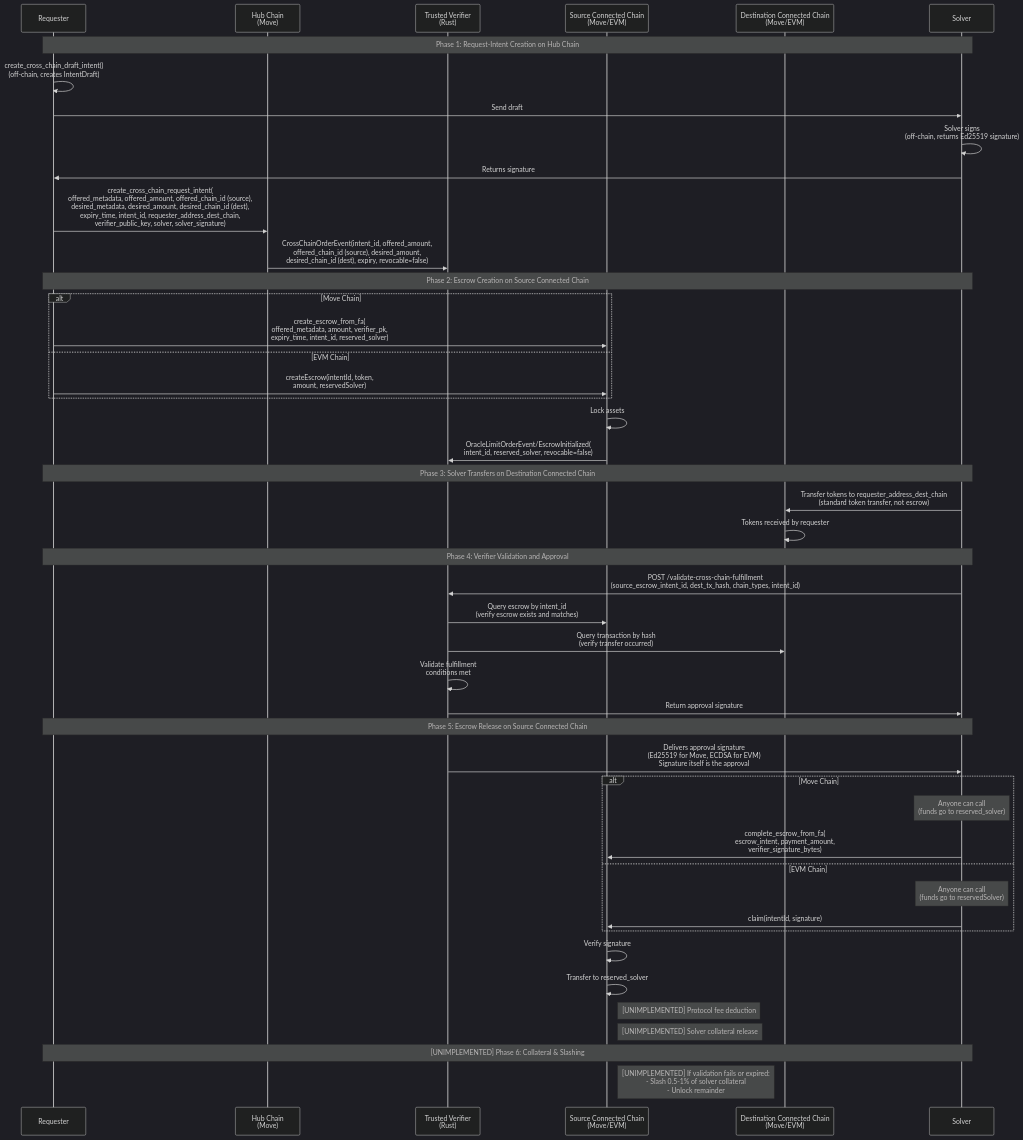
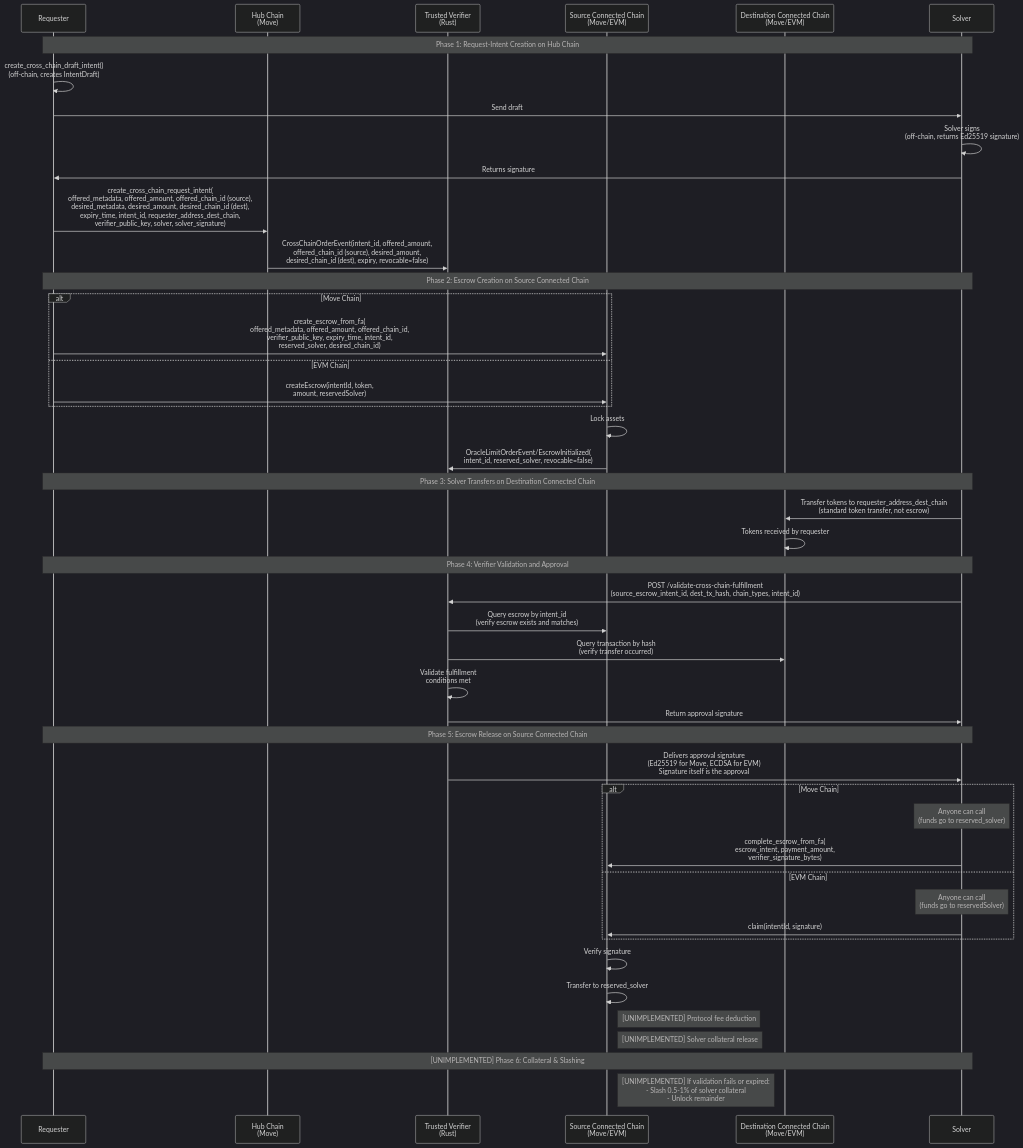
One commit to movementlabsxyz/intent-framework changed the diagram in .taskmaster/docs/conception/architecture-diff.md. Above: the diagram before and after it, drawn with Mermaid (dark theme). The commit also changed other lines of this file and 7 other files, not shown here.

````diff
--- a/.taskmaster/docs/conception/architecture-diff.md
+++ b/.taskmaster/docs/conception/architecture-diff.md
@@ -89,54 +89,54 @@
 ```mermaid
 sequenceDiagram
     participant Requester
     participant Hub as Hub Chain<br/>(Move)
     participant Verifier as Trusted Verifier<br/>(Rust)
     participant Source as Source Connected Chain<br/>(Move/EVM)
     participant Dest as Destination Connected Chain<br/>(Move/EVM)
     participant Solver
 
     Note over Requester,Solver: Phase 1: Request-Intent Creation on Hub Chain
     Requester->>Requester: create_cross_chain_draft_intent()<br/>(off-chain, creates IntentDraft)
     Requester->>Solver: Send draft
     Solver->>Solver: Solver signs<br/>(off-chain, returns Ed25519 signature)
     Solver->>Requester: Returns signature
     Requester->>Hub: create_cross_chain_request_intent(<br/>offered_metadata, offered_amount, offered_chain_id (source),<br/>desired_metadata, desired_amount, desired_chain_id (dest),<br/>expiry_time, intent_id, requester_address_dest_chain,<br/>verifier_public_key, solver, solver_signature)
     Hub->>Verifier: CrossChainOrderEvent(intent_id, offered_amount,<br/>offered_chain_id (source), desired_amount,<br/>desired_chain_id (dest), expiry, revocable=false)
 
     Note over Requester,Solver: Phase 2: Escrow Creation on Source Connected Chain
     alt Move Chain
-        Requester->>Source: create_escrow_from_fa(<br/>offered_metadata, amount, verifier_pk,<br/>expiry_time, intent_id, reserved_solver)
+        Requester->>Source: create_escrow_from_fa(<br/>offered_metadata, offered_amount, offered_chain_id,<br/>verifier_public_key, expiry_time, intent_id,<br/>reserved_solver, desired_chain_id)
     else EVM Chain
         Requester->>Source: createEscrow(intentId, token,<br/>amount, reservedSolver)
     end
     Source->>Source: Lock assets
     Source->>Verifier: OracleLimitOrderEvent/EscrowInitialized(<br/>intent_id, reserved_solver, revocable=false)
 
     Note over Requester,Solver: Phase 3: Solver Transfers on Destination Connected Chain
     Solver->>Dest: Transfer tokens to requester_address_dest_chain<br/>(standard token transfer, not escrow)
     Dest->>Dest: Tokens received by requester
 
     Note over Requester,Solver: Phase 4: Verifier Validation and Approval
     Solver->>Verifier: POST /validate-cross-chain-fulfillment<br/>(source_escrow_intent_id, dest_tx_hash, chain_types, intent_id)
     Verifier->>Source: Query escrow by intent_id<br/>(verify escrow exists and matches)
     Verifier->>Dest: Query transaction by hash<br/>(verify transfer occurred)
     Verifier->>Verifier: Validate fulfillment<br/>conditions met
     Verifier->>Solver: Return approval signature
 
     Note over Requester,Solver: Phase 5: Escrow Release on Source Connected Chain
     Verifier->>Solver: Delivers approval signature<br/>(Ed25519 for Move, ECDSA for EVM)<br/>Signature itself is the approval
     alt Move Chain
         Note over Solver: Anyone can call<br/>(funds go to reserved_solver)
         Solver->>Source: complete_escrow_from_fa(<br/>escrow_intent, payment_amount,<br/>verifier_signature_bytes)
     else EVM Chain
         Note over Solver: Anyone can call<br/>(funds go to reservedSolver)
         Solver->>Source: claim(intentId, signature)
     end
     Source->>Source: Verify signature
     Source->>Source: Transfer to reserved_solver
     Note right of Source: [UNIMPLEMENTED] Protocol fee deduction
     Note right of Source: [UNIMPLEMENTED] Solver collateral release
 
     Note over Requester,Solver: [UNIMPLEMENTED] Phase 6: Collateral & Slashing
     Note right of Source: [UNIMPLEMENTED] If validation fails or expired:<br/>- Slash 0.5-1% of solver collateral<br/>- Unlock remainder
 ```
````
